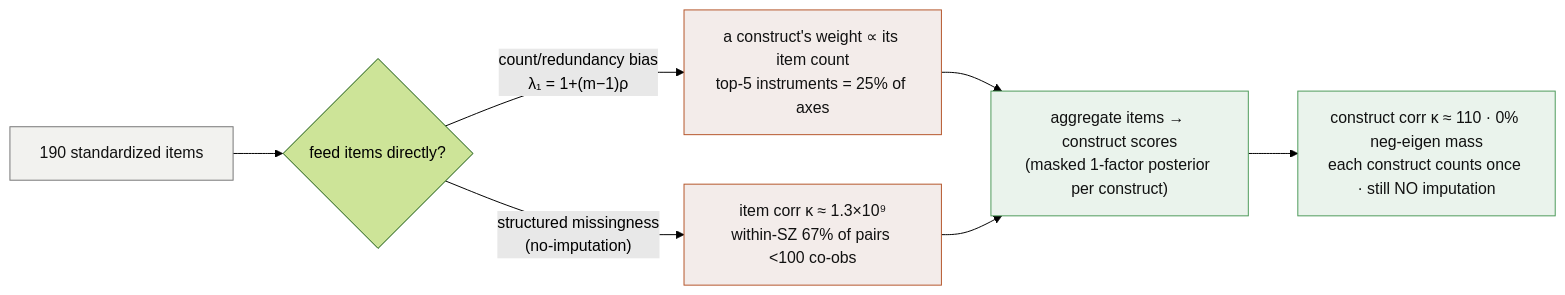
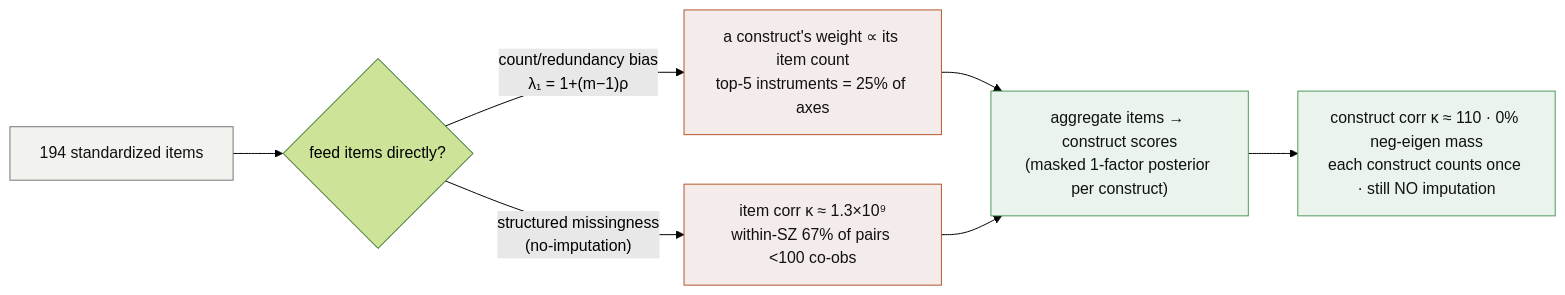
One commit to AndriiKulakovskyi/face-trans-diagnostic-phenotypes changed the fourth of 10 diagrams in docs/PIPELINE.md. Above: the diagram before and after it, drawn with Mermaid (forest theme). The commit also changed other lines of this file and 1 other file, not shown here.

````diff
--- a/docs/PIPELINE.md
+++ b/docs/PIPELINE.md
@@ -127,14 +127,14 @@
 ```mermaid
 flowchart LR
     classDef proc fill:#F2F2EF,stroke:#777,color:#111
     classDef bad  fill:#F3ECEA,stroke:#B5562B,color:#111
     classDef good fill:#EAF3EC,stroke:#4E9A5B,color:#111
-    IT["190 standardized items"]:::proc
+    IT["194 standardized items"]:::proc
     IT --> P1{"feed items directly?"}
     P1 -->|"count/redundancy bias<br/>λ₁ = 1+(m−1)ρ"| B1["a construct's weight ∝ its item count<br/>top-5 instruments = 25% of axes"]:::bad
     P1 -->|"structured missingness<br/>(no-imputation)"| B2["item corr κ ≈ 1.3×10⁹<br/>within-SZ 67% of pairs <100 co-obs"]:::bad
     B1 --> AGG
     B2 --> AGG
     AGG["aggregate items → construct scores<br/>(masked 1-factor posterior per construct)"]:::good
     AGG --> G["construct corr κ ≈ 110 · 0% neg-eigen mass<br/>each construct counts once · still NO imputation"]:::good
 ```
````
